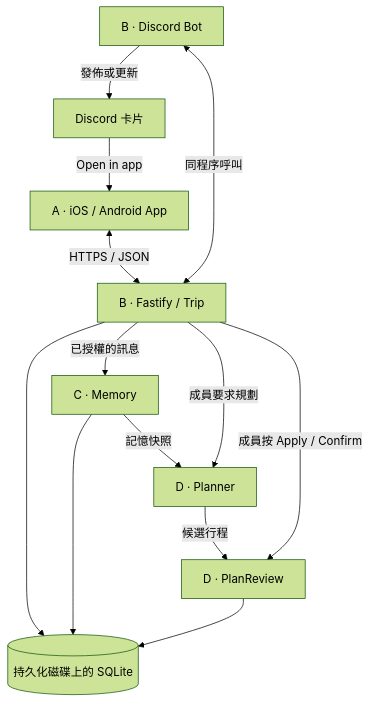
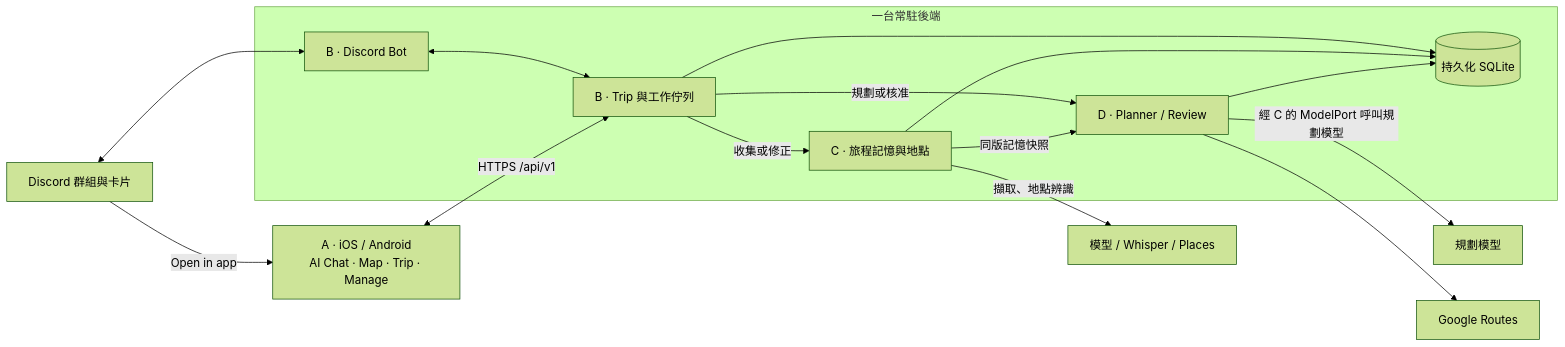
One commit to cy-cheng/haico changed the diagram in milestone3/IMPLEMENTATION_PLAN.md. Above: the diagram before and after it, drawn with Mermaid (forest theme). The commit also changed other lines of this file and 1 other file, not shown here.

Commit message:
Replan Waymark M3 around the interactive prototype and shared API

````diff
--- a/milestone3/IMPLEMENTATION_PLAN.md
+++ b/milestone3/IMPLEMENTATION_PLAN.md
@@ -34,15 +46,25 @@
 ```mermaid
-flowchart TD
-    Card["Discord 卡片"] -->|Open in app| Mobile["A · iOS / Android App"]
-    Mobile <-->|HTTPS / JSON| Trip["B · Fastify / Trip"]
-    Bot["B · Discord Bot"] -->|發佈或更新| Card
-    Bot <-->|同程序呼叫| Trip
-    Trip -->|已授權的訊息| Memory["C · Memory"]
-    Memory -->|記憶快照| Planner["D · Planner"]
-    Trip -->|成員要求規劃| Planner
-    Planner -->|候選行程| Review["D · PlanReview"]
-    Trip -->|成員按 Apply / Confirm| Review
-    Trip --> DB[("持久化磁碟上的 SQLite")]
-    Memory --> DB
-    Review --> DB
+flowchart LR
+    Mobile["A · iOS / Android<br/>AI Chat · Map · Trip · Manage"]
+    Chat["Discord 群組與卡片"]
+    Chat -->|"Open in app"| Mobile
+    subgraph Server["一台常駐後端"]
+      Bot["B · Discord Bot"]
+      Entry["B · Trip 與工作佇列"]
+      Memory["C · 旅程記憶與地點"]
+      Planner["D · Planner / Review"]
+      DB[("持久化 SQLite")]
+      Bot <--> Entry
+      Entry -->|"收集或修正"| Memory
+      Entry -->|"規劃或核准"| Planner
+      Memory -->|"同版記憶快照"| Planner
+      Entry --> DB
+      Memory --> DB
+      Planner --> DB
+    end
+    Chat <--> Bot
+    Mobile <-->|"HTTPS /api/v1"| Entry
+    Memory -->|"擷取、地點辨識"| ToolsC["模型 / Whisper / Places"]
+    Planner -->|"經 C 的 ModelPort 呼叫規劃模型"| Models["規劃模型"]
+    Planner --> Routes["Google Routes"]
 ```
````
